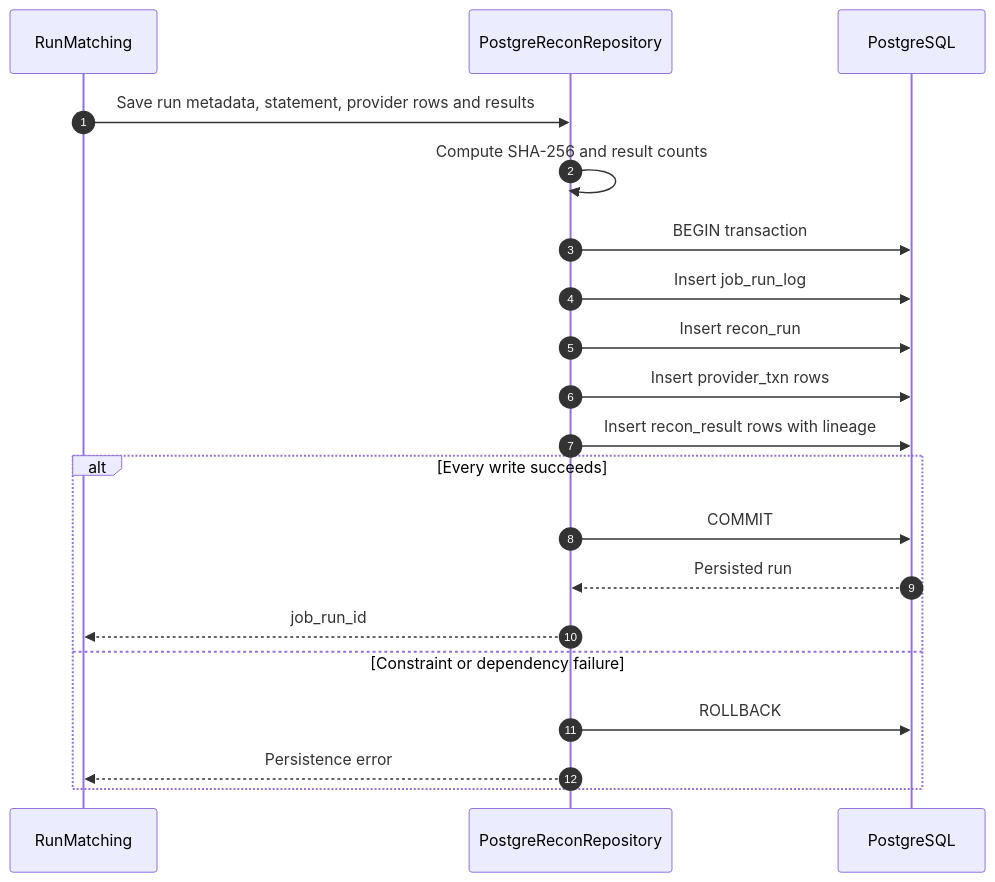
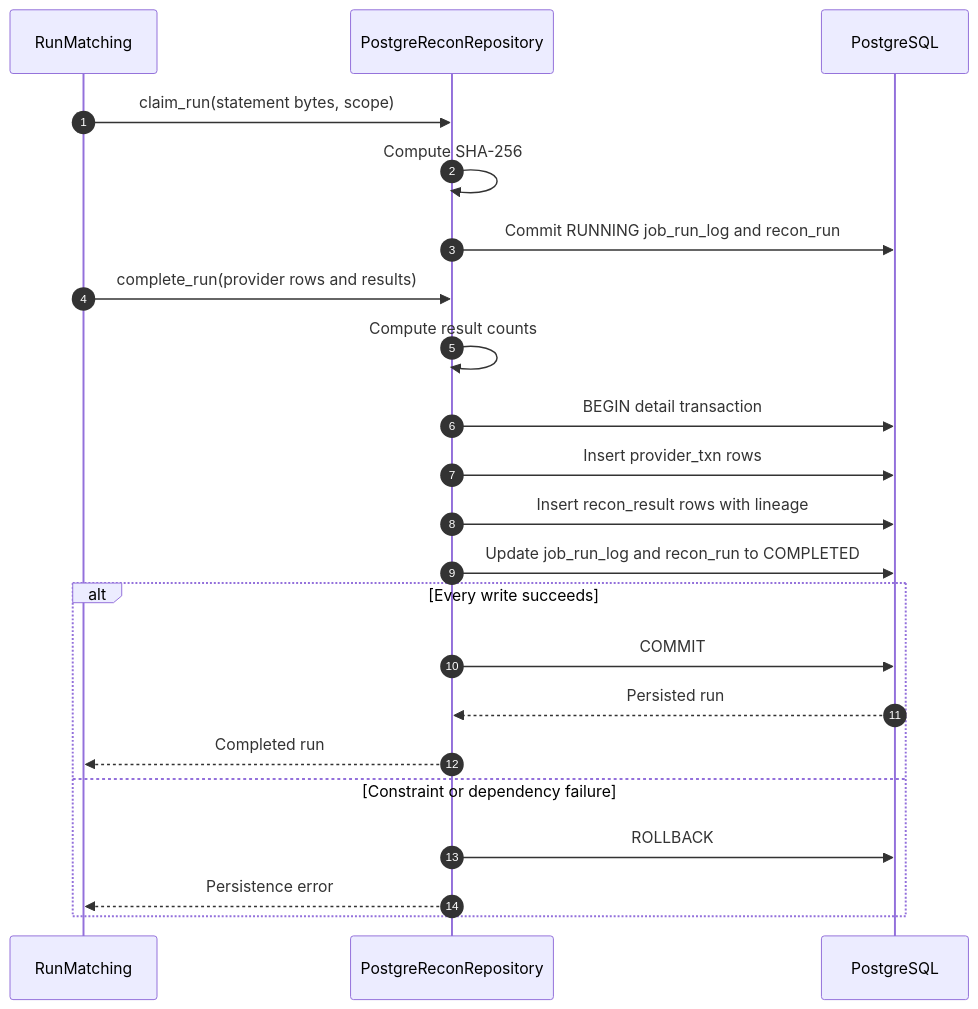
One commit to huuthang-0809/PaymentHub changed the diagram in docs/features/reconciliation/f04-atomic-run-persistence-checksum.md. Above: the diagram before and after it, drawn with Mermaid. The commit also changed other lines of this file and 2 other files, not shown here.

Commit message:
w2: verify and document run lifecycle and reruns

````diff
--- a/docs/features/reconciliation/f04-atomic-run-persistence-checksum.md
+++ b/docs/features/reconciliation/f04-atomic-run-persistence-checksum.md
@@ -39,23 +39,25 @@
 ```mermaid
 sequenceDiagram
     autonumber
     participant UseCase as RunMatching
     participant Repo as PostgreReconRepository
     participant PG as PostgreSQL
 
-    UseCase->>Repo: Save run metadata, statement, provider rows and results
-    Repo->>Repo: Compute SHA-256 and result counts
-    Repo->>PG: BEGIN transaction
-    Repo->>PG: Insert job_run_log
-    Repo->>PG: Insert recon_run
+    UseCase->>Repo: claim_run(statement bytes, scope)
+    Repo->>Repo: Compute SHA-256
+    Repo->>PG: Commit RUNNING job_run_log and recon_run
+    UseCase->>Repo: complete_run(provider rows and results)
+    Repo->>Repo: Compute result counts
+    Repo->>PG: BEGIN detail transaction
     Repo->>PG: Insert provider_txn rows
     Repo->>PG: Insert recon_result rows with lineage
+    Repo->>PG: Update job_run_log and recon_run to COMPLETED
     alt Every write succeeds
         Repo->>PG: COMMIT
         PG-->>Repo: Persisted run
-        Repo-->>UseCase: job_run_id
+        Repo-->>UseCase: Completed run
     else Constraint or dependency failure
         Repo->>PG: ROLLBACK
         Repo-->>UseCase: Persistence error
     end
 ```
````
